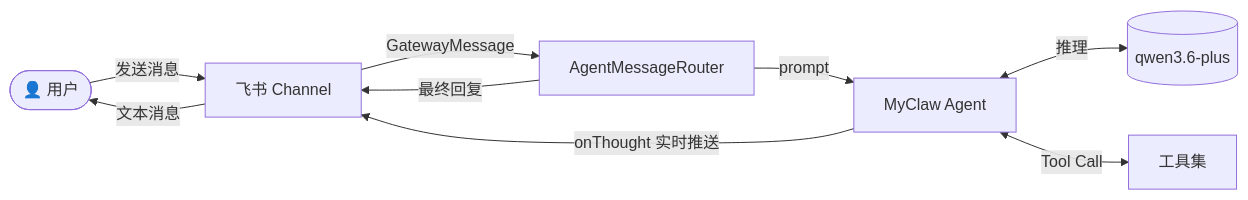
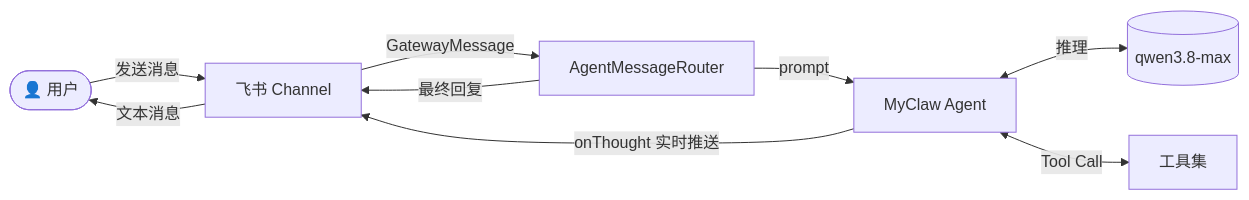
One commit to kaze985/myclaw changed the first of 2 diagrams in README.md. Above: the diagram before and after it, drawn with Mermaid. The commit also changed other lines of this file and 18 other files, not shown here.

````diff
--- a/README.md
+++ b/README.md
@@ -43,11 +43,11 @@
 ```mermaid
 flowchart LR
     User([👤 用户]) -->|发送消息| Feishu[飞书 Channel]
     Feishu -->|GatewayMessage| Router[AgentMessageRouter]
     Router -->|prompt| Agent[MyClaw Agent]
-    Agent <-->|推理| LLM[(qwen3.6-plus)]
+    Agent <-->|推理| LLM[(qwen3.8-max)]
     Agent <-->|Tool Call| Tools[工具集]
     Agent -->|onThought 实时推送| Feishu
     Router -->|最终回复| Feishu
     Feishu -->|文本消息| User
 ```
````
